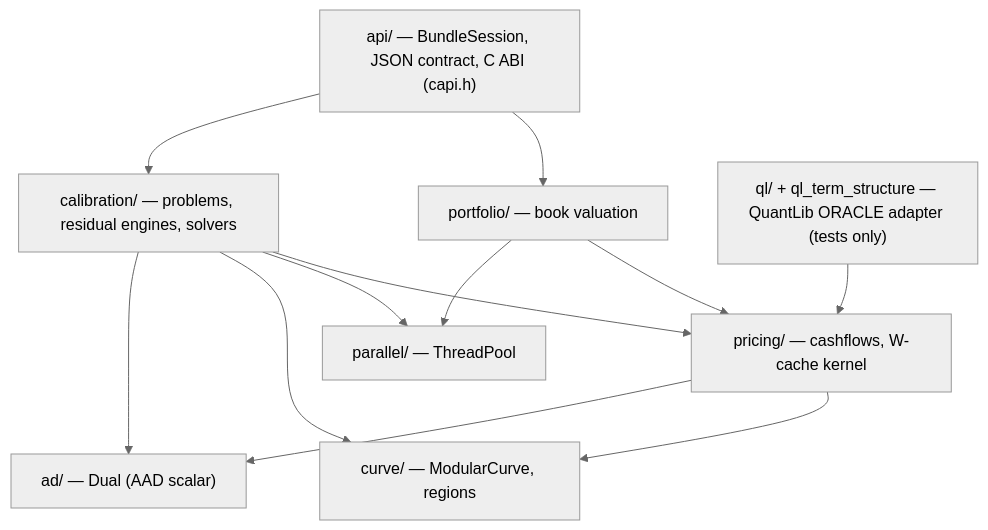
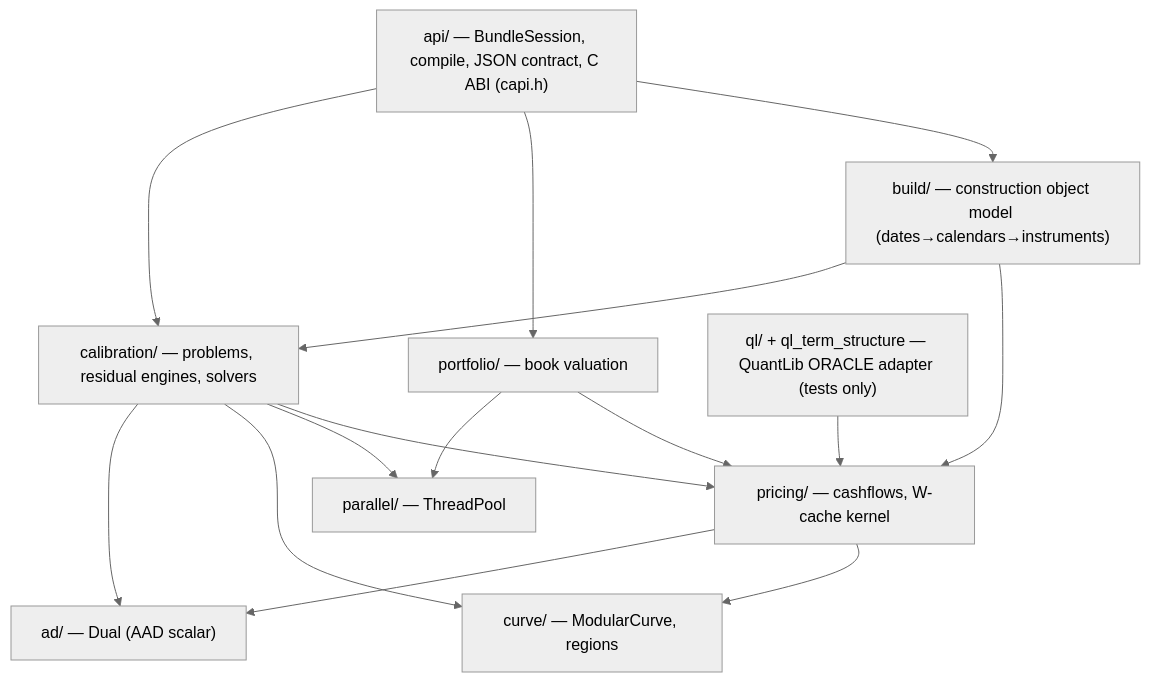
The first of 2 diagrams in ARCHITECTURE.md (kbro123/SwapEngine), drawn with Mermaid (neutral theme) before and after one commit. The commit also changed other lines of this file and 16 other files, not shown here.

````diff
--- a/ARCHITECTURE.md
+++ b/ARCHITECTURE.md
@@ -17,23 +17,27 @@
 ```mermaid
 graph TD
     ad["ad/ — Dual (AAD scalar)"]
     curve["curve/ — ModularCurve, regions"]
     parallel["parallel/ — ThreadPool"]
     pricing["pricing/ — cashflows, W-cache kernel"]
     calibration["calibration/ — problems, residual engines, solvers"]
     portfolio["portfolio/ — book valuation"]
-    api["api/ — BundleSession, JSON contract, C ABI (capi.h)"]
+    build["build/ — construction object model (dates→calendars→instruments)"]
+    api["api/ — BundleSession, compile, JSON contract, C ABI (capi.h)"]
     ql["ql/ + ql_term_structure — QuantLib ORACLE adapter (tests only)"]
 
     pricing --> ad
     pricing --> curve
     calibration --> ad
     calibration --> curve
     calibration --> parallel
     calibration --> pricing
     portfolio --> parallel
     portfolio --> pricing
+    build --> calibration
+    build --> pricing
     api --> calibration
     api --> portfolio
+    api --> build
     ql --> pricing
 ```
````
